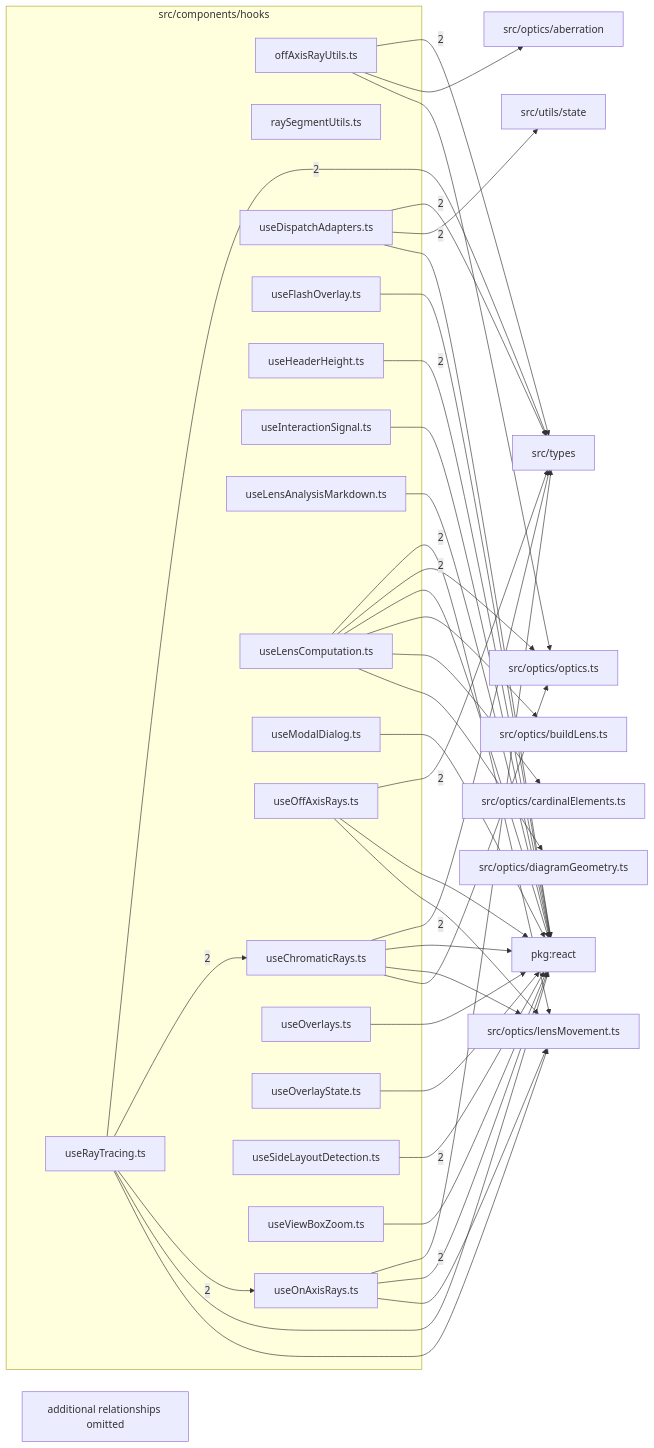
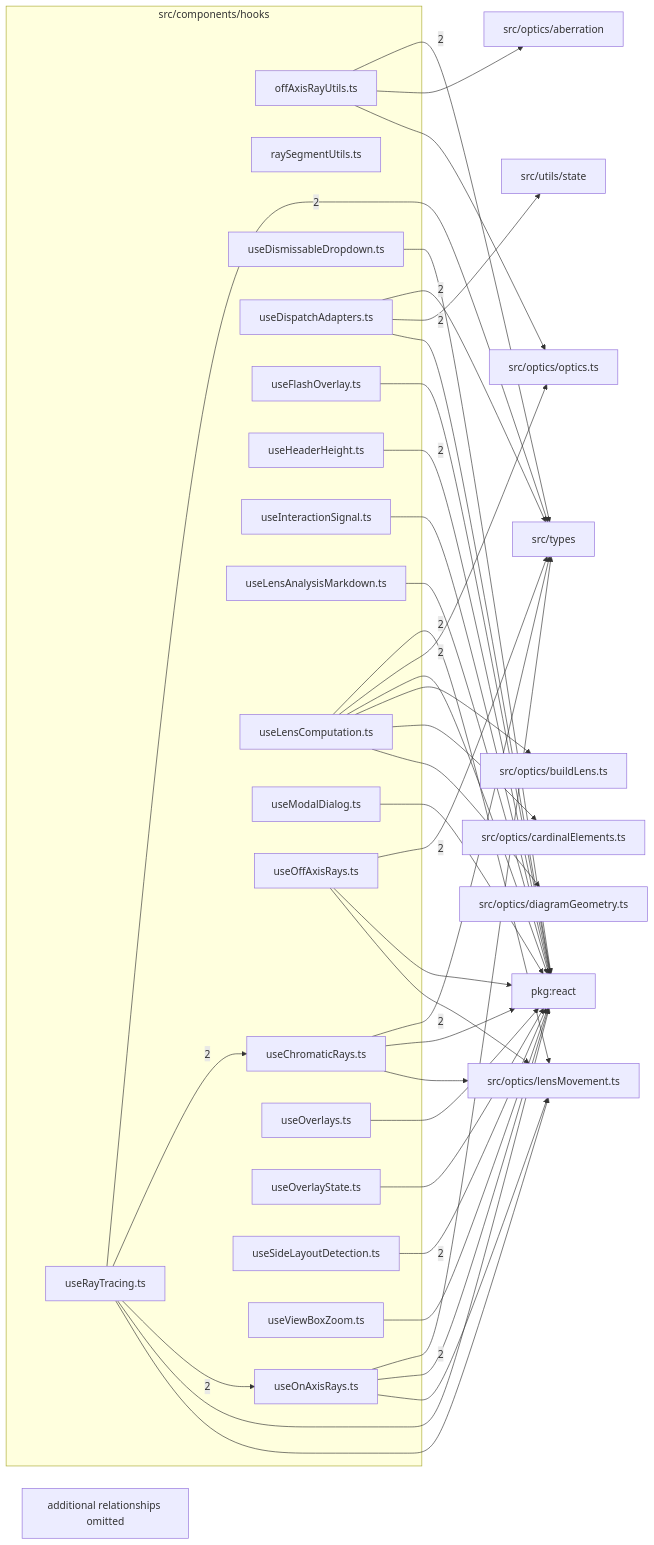
Before and after one commit to ronbuening/LensVisualizer: the diagram in src/components/hooks/readme.md, drawn with Mermaid. The commit also changed other lines of this file and 7 other files, not shown here.

````diff
--- a/src/components/hooks/readme.md
+++ b/src/components/hooks/readme.md
@@ -9,68 +9,69 @@
 ```mermaid
 flowchart LR
   subgraph n_src_components_hooks["src/components/hooks"]
     n_src_components_hooks_src_components_hooks_offAxisRayUtils_ts["offAxisRayUtils.ts"]
     n_src_components_hooks_src_components_hooks_raySegmentUtils_ts["raySegmentUtils.ts"]
     n_src_components_hooks_src_components_hooks_useChromaticRays_ts["useChromaticRays.ts"]
+    n_src_components_hooks_src_components_hooks_useDismissableDropdown_ts["useDismissableDropdown.ts"]
     n_src_components_hooks_src_components_hooks_useDispatchAdapters_ts["useDispatchAdapters.ts"]
     n_src_components_hooks_src_components_hooks_useFlashOverlay_ts["useFlashOverlay.ts"]
     n_src_components_hooks_src_components_hooks_useHeaderHeight_ts["useHeaderHeight.ts"]
     n_src_components_hooks_src_components_hooks_useInteractionSignal_ts["useInteractionSignal.ts"]
     n_src_components_hooks_src_components_hooks_useLensAnalysisMarkdown_ts["useLensAnalysisMarkdown.ts"]
     n_src_components_hooks_src_components_hooks_useLensComputation_ts["useLensComputation.ts"]
     n_src_components_hooks_src_components_hooks_useModalDialog_ts["useModalDialog.ts"]
     n_src_components_hooks_src_components_hooks_useOffAxisRays_ts["useOffAxisRays.ts"]
     n_src_components_hooks_src_components_hooks_useOnAxisRays_ts["useOnAxisRays.ts"]
     n_src_components_hooks_src_components_hooks_useOverlays_ts["useOverlays.ts"]
     n_src_components_hooks_src_components_hooks_useOverlayState_ts["useOverlayState.ts"]
     n_src_components_hooks_src_components_hooks_useRayTracing_ts["useRayTracing.ts"]
     n_src_components_hooks_src_components_hooks_useSideLayoutDetection_ts["useSideLayoutDetection.ts"]
     n_src_components_hooks_src_components_hooks_useViewBoxZoom_ts["useViewBoxZoom.ts"]
   end
   n_external_pkg_react["pkg:react"]
   n_external_src_optics_lensMovement_ts["src/optics/lensMovement.ts"]
   n_external_src_optics_optics_ts["src/optics/optics.ts"]
   n_external_src_types["src/types"]
   n_external_src_utils_state["src/utils/state"]
   n_external_src_optics_aberration["src/optics/aberration"]
   n_external_src_optics_buildLens_ts["src/optics/buildLens.ts"]
   n_external_src_optics_cardinalElements_ts["src/optics/cardinalElements.ts"]
   n_external_src_optics_diagramGeometry_ts["src/optics/diagramGeometry.ts"]
   n_src_components_hooks_src_components_hooks_useHeaderHeight_ts --> |2| n_external_pkg_react
   n_src_components_hooks_src_components_hooks_useSideLayoutDetection_ts --> |2| n_external_pkg_react
   n_src_components_hooks_src_components_hooks_useLensComputation_ts --> |2| n_external_src_optics_lensMovement_ts
   n_src_components_hooks_src_components_hooks_useLensComputation_ts --> |2| n_external_src_optics_optics_ts
   n_src_components_hooks_src_components_hooks_offAxisRayUtils_ts --> |2| n_external_src_types
   n_src_components_hooks_src_components_hooks_useChromaticRays_ts --> |2| n_external_src_types
   n_src_components_hooks_src_components_hooks_useDispatchAdapters_ts --> |2| n_external_src_types
   n_src_components_hooks_src_components_hooks_useOffAxisRays_ts --> |2| n_external_src_types
   n_src_components_hooks_src_components_hooks_useOnAxisRays_ts --> |2| n_external_src_types
   n_src_components_hooks_src_components_hooks_useRayTracing_ts --> |2| n_external_src_types
   n_src_components_hooks_src_components_hooks_useDispatchAdapters_ts --> |2| n_external_src_utils_state
   n_src_components_hooks_src_components_hooks_useRayTracing_ts --> |2| n_src_components_hooks_src_components_hooks_useChromaticRays_ts
   n_src_components_hooks_src_components_hooks_useRayTracing_ts --> |2| n_src_components_hooks_src_components_hooks_useOnAxisRays_ts
   n_src_components_hooks_src_components_hooks_useChromaticRays_ts --> n_external_pkg_react
+  n_src_components_hooks_src_components_hooks_useDismissableDropdown_ts --> n_external_pkg_react
   n_src_components_hooks_src_components_hooks_useDispatchAdapters_ts --> n_external_pkg_react
   n_src_components_hooks_src_components_hooks_useFlashOverlay_ts --> n_external_pkg_react
   n_src_components_hooks_src_components_hooks_useInteractionSignal_ts --> n_external_pkg_react
   n_src_components_hooks_src_components_hooks_useLensAnalysisMarkdown_ts --> n_external_pkg_react
   n_src_components_hooks_src_components_hooks_useLensComputation_ts --> n_external_pkg_react
   n_src_components_hooks_src_components_hooks_useModalDialog_ts --> n_external_pkg_react
   n_src_components_hooks_src_components_hooks_useOffAxisRays_ts --> n_external_pkg_react
   n_src_components_hooks_src_components_hooks_useOnAxisRays_ts --> n_external_pkg_react
   n_src_components_hooks_src_components_hooks_useOverlays_ts --> n_external_pkg_react
   n_src_components_hooks_src_components_hooks_useOverlayState_ts --> n_external_pkg_react
   n_src_components_hooks_src_components_hooks_useRayTracing_ts --> n_external_pkg_react
   n_src_components_hooks_src_components_hooks_useViewBoxZoom_ts --> n_external_pkg_react
   n_src_components_hooks_src_components_hooks_offAxisRayUtils_ts --> n_external_src_optics_aberration
   n_src_components_hooks_src_components_hooks_useLensComputation_ts --> n_external_src_optics_buildLens_ts
   n_src_components_hooks_src_components_hooks_useLensComputation_ts --> n_external_src_optics_cardinalElements_ts
   n_src_components_hooks_src_components_hooks_useLensComputation_ts --> n_external_src_optics_diagramGeometry_ts
   n_src_components_hooks_src_components_hooks_useChromaticRays_ts --> n_external_src_optics_lensMovement_ts
   n_src_components_hooks_src_components_hooks_useOffAxisRays_ts --> n_external_src_optics_lensMovement_ts
   n_src_components_hooks_src_components_hooks_useOnAxisRays_ts --> n_external_src_optics_lensMovement_ts
   n_src_components_hooks_src_components_hooks_useRayTracing_ts --> n_external_src_optics_lensMovement_ts
   n_src_components_hooks_src_components_hooks_offAxisRayUtils_ts --> n_external_src_optics_optics_ts
-  n_src_components_hooks_src_components_hooks_useChromaticRays_ts --> n_external_src_optics_optics_ts
   n_src_components_hooks_truncated["additional relationships omitted"]
 ```
````
